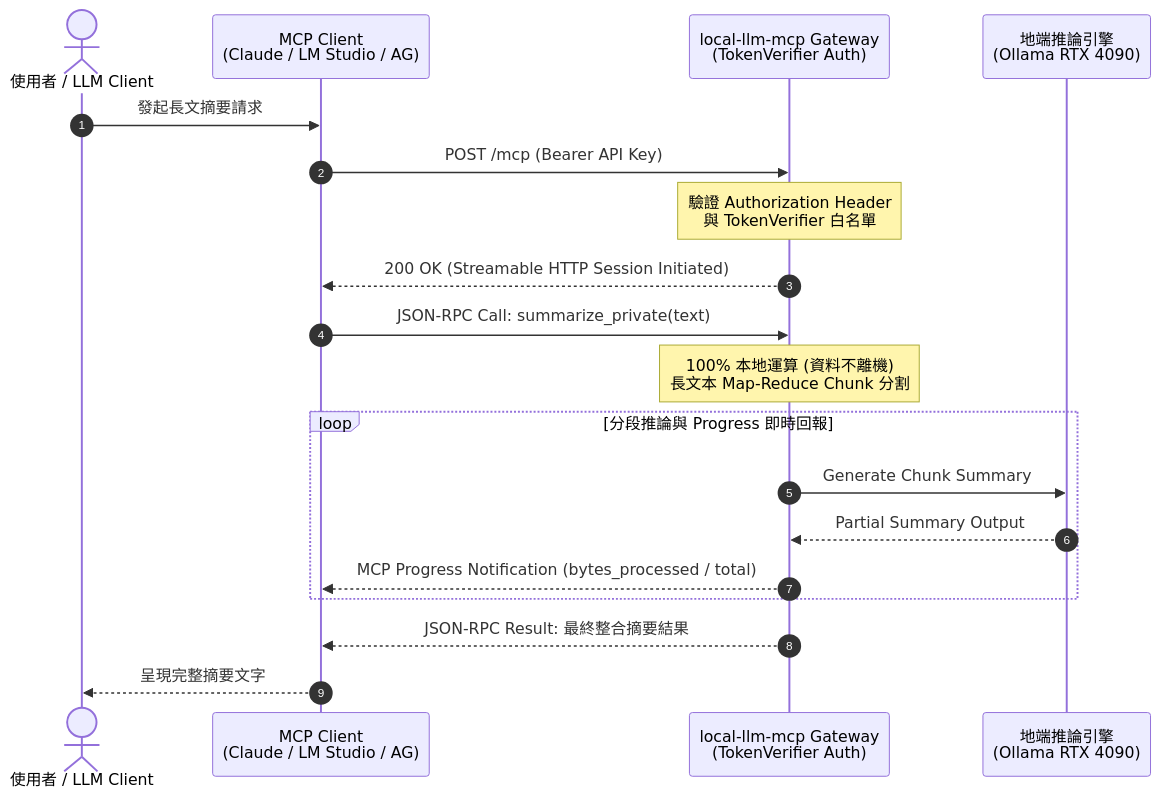
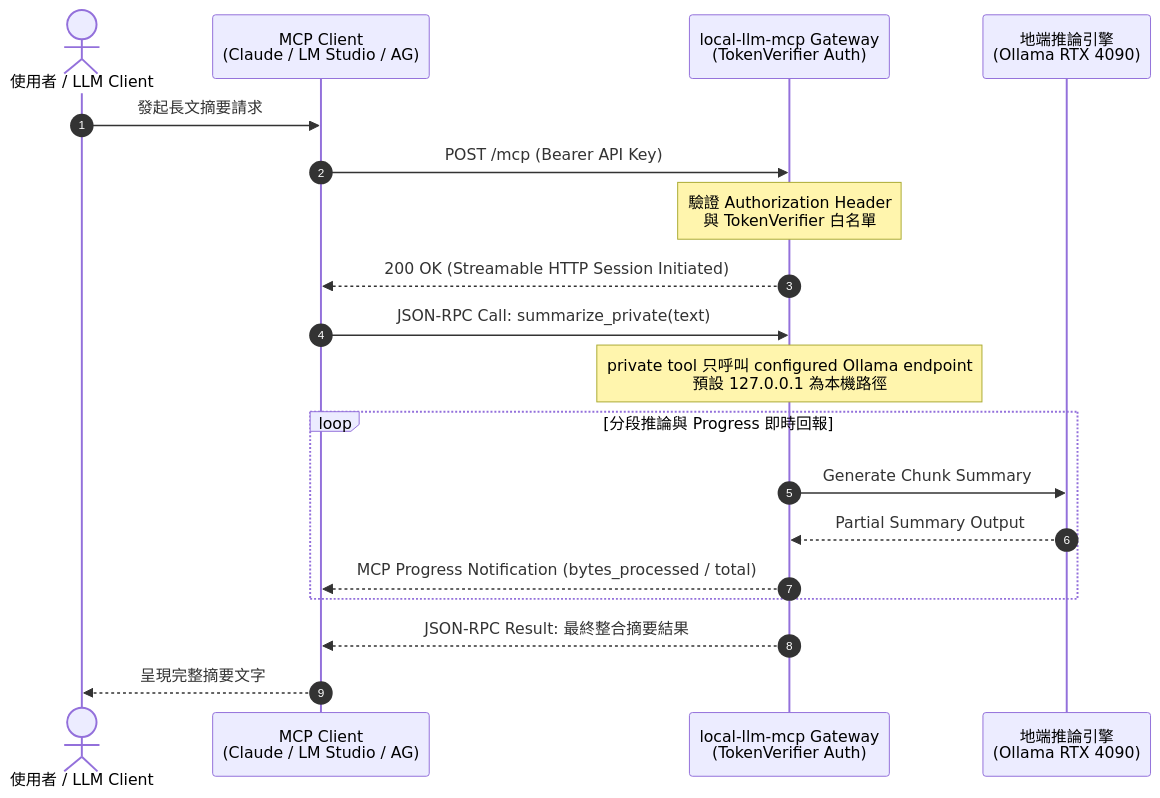
The second of 2 diagrams in README.md (kuotunyu/local-llm-mcp), drawn with Mermaid before and after one commit. The commit also changed other lines of this file and 4 other files, not shown here.

````diff
--- a/README.md
+++ b/README.md
@@ -90,26 +90,26 @@
 ```mermaid
 %%{init: {'themeVariables': {'fontSize': '20px'}}}%%
 sequenceDiagram
     autonumber
     actor User as 使用者 / LLM Client
     participant Client as MCP Client<br/>(Claude / LM Studio / AG)
     participant Gateway as local-llm-mcp Gateway<br/>(TokenVerifier Auth)
     participant Engine as 地端推論引擎<br/>(Ollama RTX 4090)
 
     User->>Client: 發起長文摘要請求
     Client->>Gateway: POST /mcp (Bearer API Key)
     Note over Gateway: 驗證 Authorization Header<br/>與 TokenVerifier 白名單
     Gateway-->>Client: 200 OK (Streamable HTTP Session Initiated)
 
     Client->>Gateway: JSON-RPC Call: summarize_private(text)
-    Note over Gateway: 100% 本地運算 (資料不離機)<br/>長文本 Map-Reduce Chunk 分割
+    Note over Gateway: private tool 只呼叫 configured Ollama endpoint<br/>預設 127.0.0.1 為本機路徑
 
     loop 分段推論與 Progress 即時回報
         Gateway->>Engine: Generate Chunk Summary
         Engine-->>Gateway: Partial Summary Output
         Gateway-->>Client: MCP Progress Notification (bytes_processed / total)
     end
 
     Gateway-->>Client: JSON-RPC Result: 最終整合摘要結果
     Client-->>User: 呈現完整摘要文字
 ```
````
